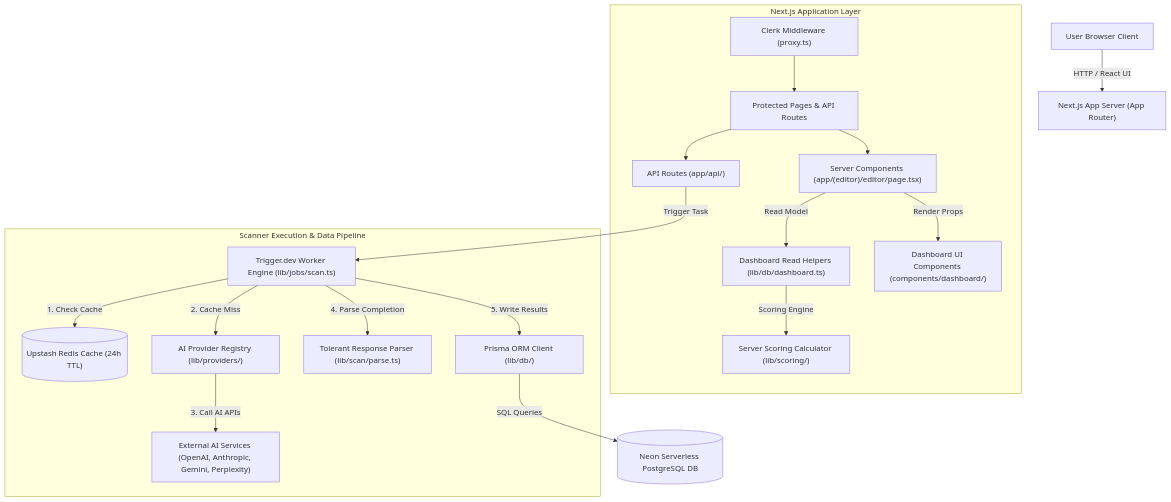
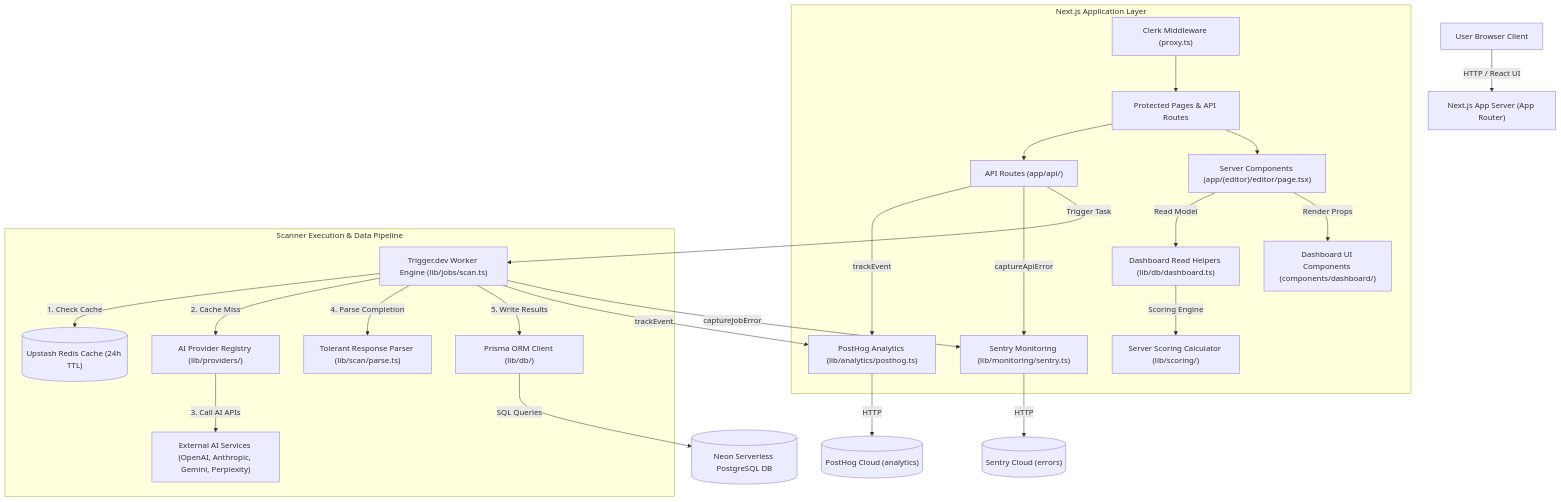
Before and after one commit to ryonm411-jpg/answer-os: the first of 5 diagrams in context/context/architecture_overview.md, drawn with Mermaid. The commit also changed other lines of this file and 46 other files, not shown here.

Commit message:
posthog and sentry implementation

````diff
--- a/context/context/architecture_overview.md
+++ b/context/context/architecture_overview.md
@@ -28,25 +30,31 @@
 ```mermaid
 graph TD
     User["User Browser Client"] -->|HTTP / React UI| NextApp["Next.js App Server (App Router)"]
     
     subgraph NextAppServer ["Next.js Application Layer"]
         Middleware["Clerk Middleware (proxy.ts)"] --> AuthGuard["Protected Pages & API Routes"]
         AuthGuard --> APIRoutes["API Routes (app/api/)"]
         AuthGuard --> ServerComponents["Server Components (app/(editor)/editor/page.tsx)"]
         ServerComponents -->|Read Model| DBData["Dashboard Read Helpers (lib/db/dashboard.ts)"]
         DBData -->|Scoring Engine| ScoringEngine["Server Scoring Calculator (lib/scoring/)"]
         ServerComponents -->|Render Props| ClientUI["Dashboard UI Components (components/dashboard/)"]
+        APIRoutes -->|trackEvent| PostHogAnalytics["PostHog Analytics (lib/analytics/posthog.ts)"]
+        APIRoutes -->|captureApiError| SentryMonitoring["Sentry Monitoring (lib/monitoring/sentry.ts)"]
     end
     
     APIRoutes -->|Trigger Task| TriggerDev["Trigger.dev Worker Engine (lib/jobs/scan.ts)"]
     
     subgraph ExecutionPipeline ["Scanner Execution & Data Pipeline"]
         TriggerDev -->|1. Check Cache| UpstashRedis[("Upstash Redis Cache (24h TTL)")]
         TriggerDev -->|2. Cache Miss| AIRegistry["AI Provider Registry (lib/providers/)"]
         AIRegistry -->|3. Call AI APIs| AIProviders["External AI Services (OpenAI, Anthropic, Gemini, Perplexity)"]
         TriggerDev -->|4. Parse Completion| ResponseParser["Tolerant Response Parser (lib/scan/parse.ts)"]
         TriggerDev -->|5. Write Results| PrismaORM["Prisma ORM Client (lib/db/)"]
+        TriggerDev -->|trackEvent| PostHogAnalytics
+        TriggerDev -->|captureJobError| SentryMonitoring
     end
     
     PrismaORM -->|SQL Queries| NeonPostgres[("Neon Serverless PostgreSQL DB")]
+    PostHogAnalytics -->|HTTP| PostHogCloud[("PostHog Cloud (analytics)")]
+    SentryMonitoring -->|HTTP| SentryCloud[("Sentry Cloud (errors)")]
 ```
````
